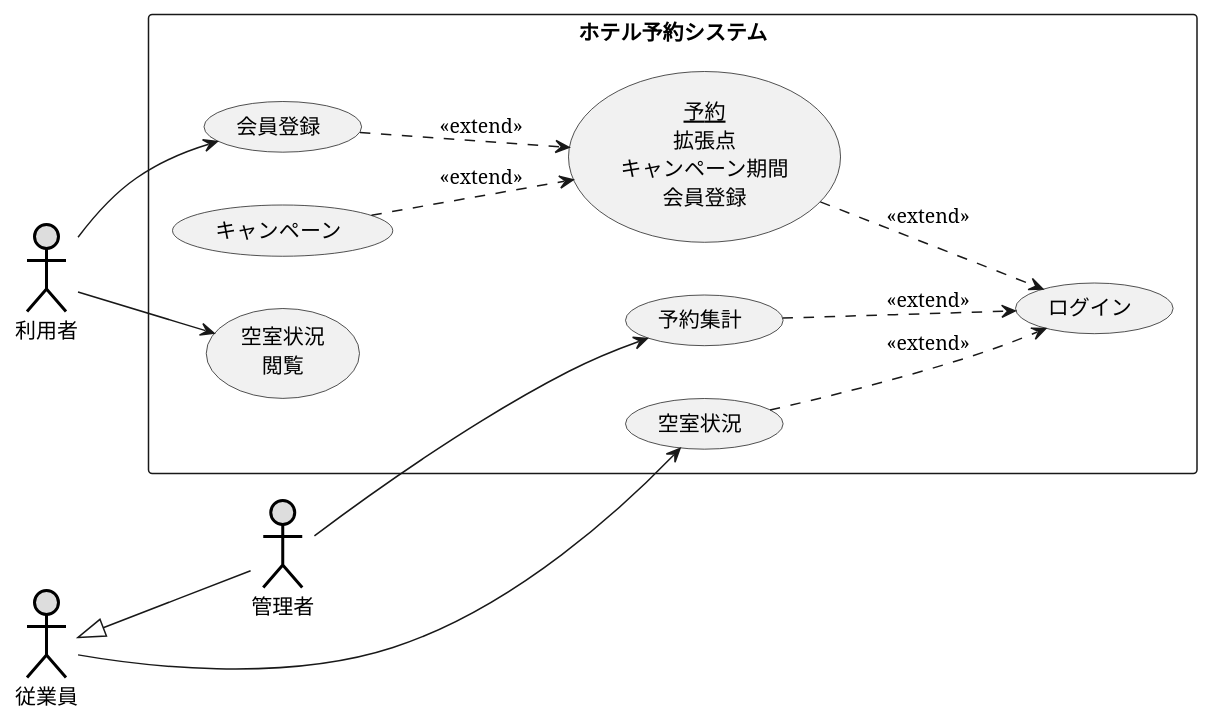
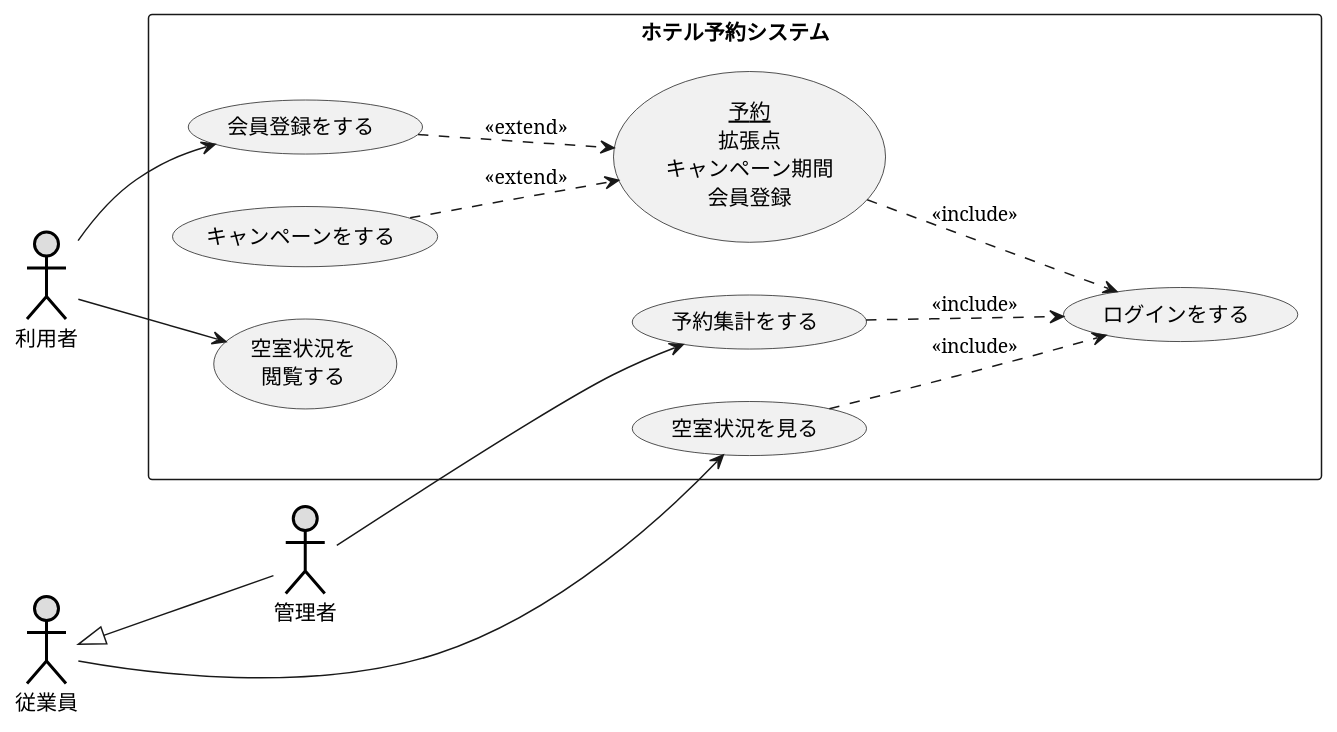
One commit to HIKAKINsan/uml-introduction changed the diagram in 演習2-8_UC_ホテル予約システム.pu. Above: the diagram before and after it, drawn with PlantUML. The commit also changed 1 other file, not shown here.

```diff
--- a/演習2-8_UC_ホテル予約システム.pu
+++ b/演習2-8_UC_ホテル予約システム.pu
@@ -1,27 +1,27 @@
 @startuml ユースケース図
 actor 利用者 #DDDDDD;line:black;line.bold;
 actor 従業員 #DDDDDD;line:black;line.bold;
 actor 管理者 #DDDDDD;line:black;line.bold;
 rectangle ホテル予約システム {
-usecase 会員登録 as K
+usecase 会員登録をする as K
 usecase (<u>予約</u>\n拡張点\nキャンペーン期間\n会員登録) as Y
-usecase キャンペーン as KP
-usecase (空室状況\n閲覧) as E
-usecase 予約集計 as YS
-usecase ログイン as L
-usecase 空室状況 as KJ
+usecase キャンペーンをする as KP
+usecase (空室状況を\n閲覧する) as E
+usecase 予約集計をする as YS
+usecase ログインをする as L
+usecase 空室状況を見る as KJ
 }
 利用者 --> K
 left to right direction
 K ..> Y : <<extend>>
 KP ..> Y : <<extend>>
-Y ..> L : <<extend>>
-YS ..> L : <<extend>>
+Y ..> L : <<include>>
+YS ..> L : <<include>>
 利用者 --> E
 従業員 <|-- 管理者
 管理者 --> YS
 従業員 --> KJ
-KJ ..> L : <<extend>>
+KJ ..> L : <<include>>
 left to right direction
 
 @enduml
```
